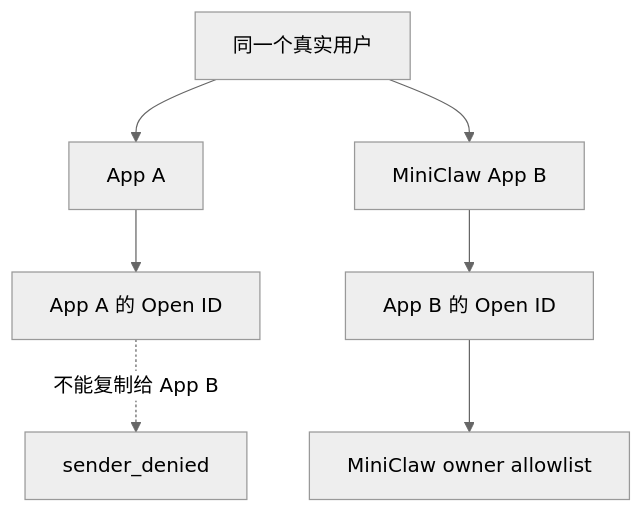
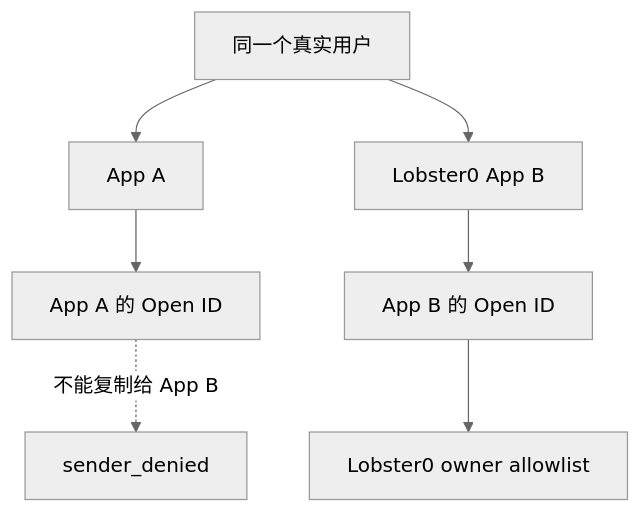
The third of 6 diagrams in docs/engineering/phase-5/20260808_feishu-live-e2e.md (NEDONION/lobster0), drawn with Mermaid (neutral theme) before and after one commit. The commit also changed other lines of this file and 221 other files, not shown here.

````diff
--- a/docs/engineering/phase-5/20260808_feishu-live-e2e.md
+++ b/docs/engineering/phase-5/20260808_feishu-live-e2e.md
@@ -225,9 +225,9 @@
 ```mermaid
 flowchart TD
     U["同一个真实用户"] --> A["App A"]
-    U --> B["MiniClaw App B"]
+    U --> B["Lobster0 App B"]
     A --> OA["App A 的 Open ID"]
     B --> OB["App B 的 Open ID"]
     OA -. "不能复制给 App B" .-> X["sender_denied"]
-    OB --> OK["MiniClaw owner allowlist"]
+    OB --> OK["Lobster0 owner allowlist"]
 ```
````
